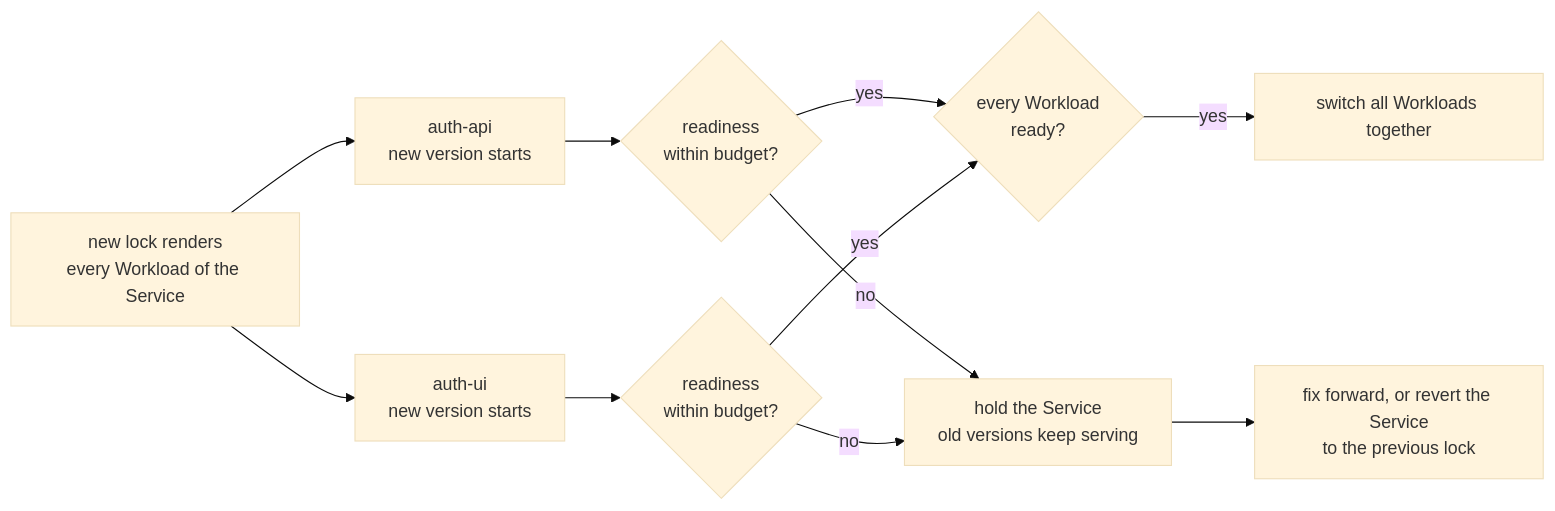
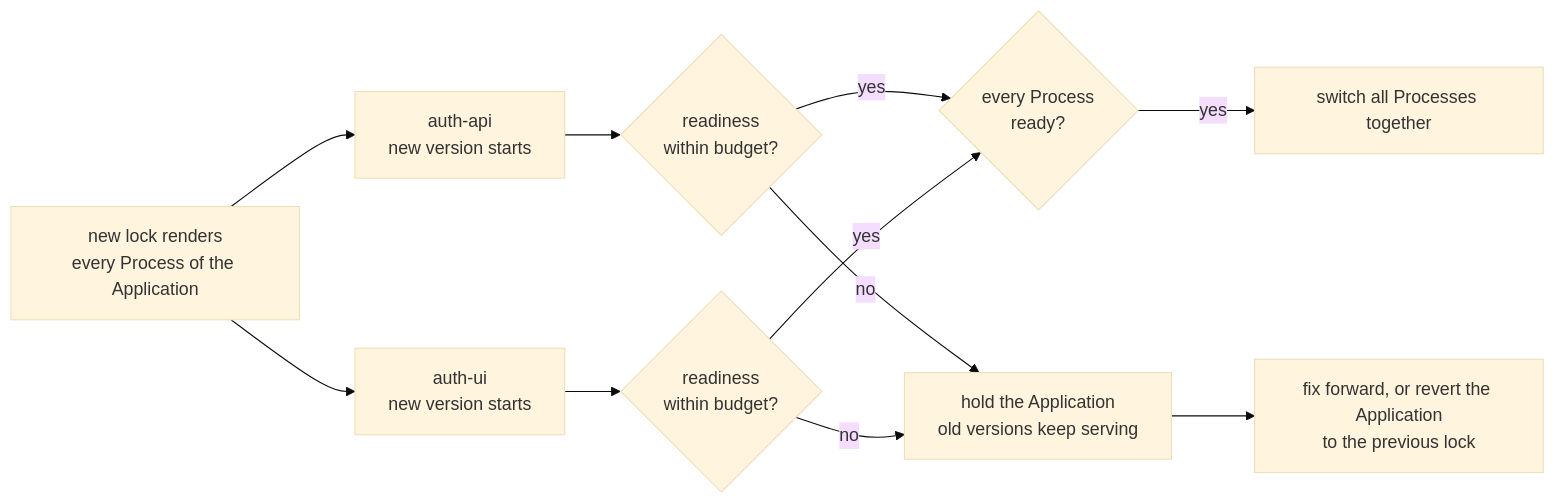
The first of 2 diagrams in spec/v1/50-lifecycle.md (JorisJonkers-dev/deploy-kit), drawn with Mermaid (base theme) before and after one commit. The commit also changed other lines of this file and 169 other files, not shown here.

Commit message:
refactor: rename the authored hierarchy to Project, Application and Process (#100)

````diff
--- a/spec/v1/50-lifecycle.md
+++ b/spec/v1/50-lifecycle.md
@@ -265,13 +265,13 @@
 ```mermaid
 flowchart LR
-    N["new lock renders<br/>every Workload of the Service"] --> A1["auth-api<br/>new version starts"]
+    N["new lock renders<br/>every Process of the Application"] --> A1["auth-api<br/>new version starts"]
     N --> A2["auth-ui<br/>new version starts"]
     A1 --> P1{"readiness<br/>within budget?"}
     A2 --> P2{"readiness<br/>within budget?"}
-    P1 -->|yes| K{"every Workload<br/>ready?"}
+    P1 -->|yes| K{"every Process<br/>ready?"}
     P2 -->|yes| K
-    P1 -->|no| H["hold the Service<br/>old versions keep serving"]
+    P1 -->|no| H["hold the Application<br/>old versions keep serving"]
     P2 -->|no| H
-    K -->|yes| SW["switch all Workloads together"]
-    H --> RB["fix forward, or revert the Service<br/>to the previous lock"]
+    K -->|yes| SW["switch all Processes together"]
+    H --> RB["fix forward, or revert the Application<br/>to the previous lock"]
 ```
````
